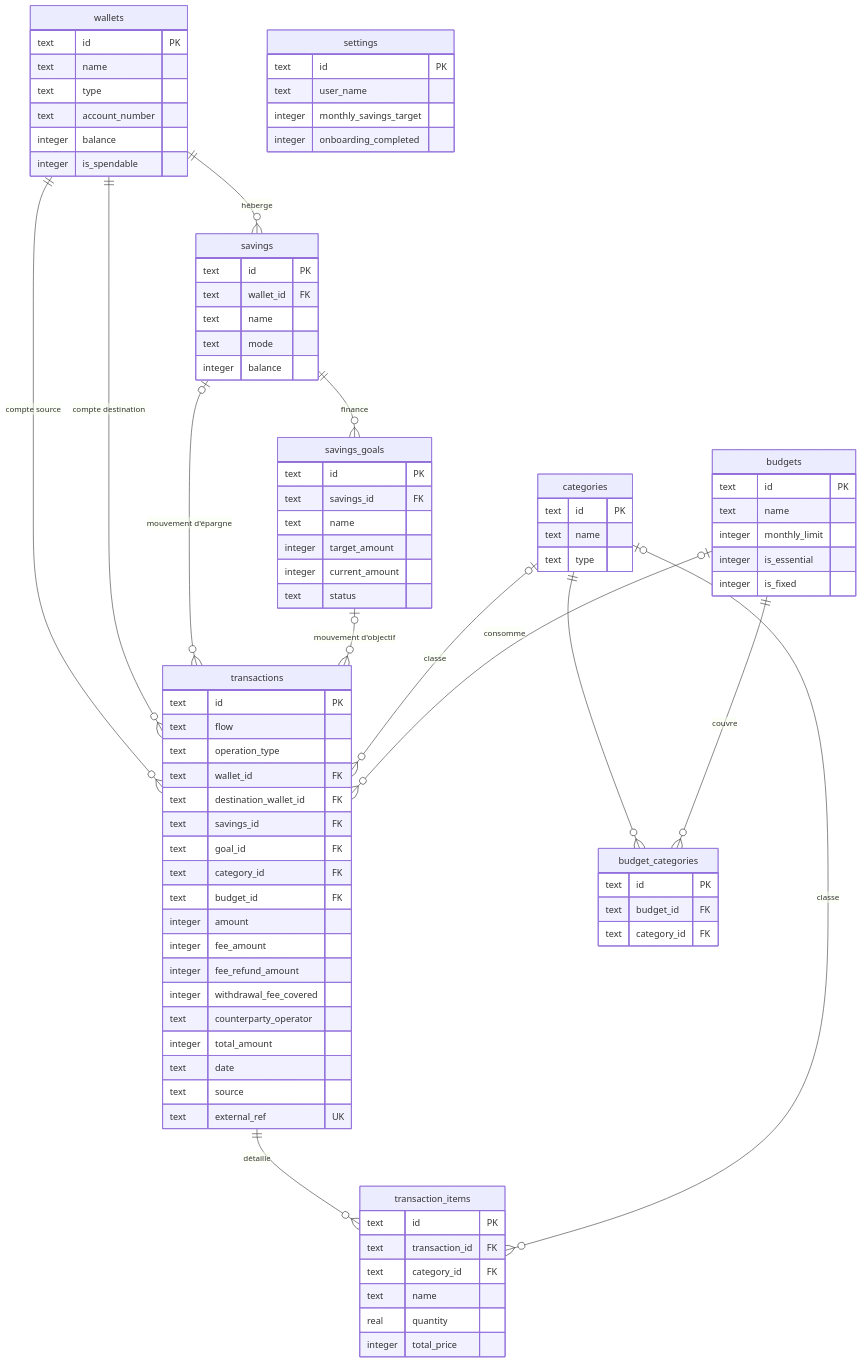
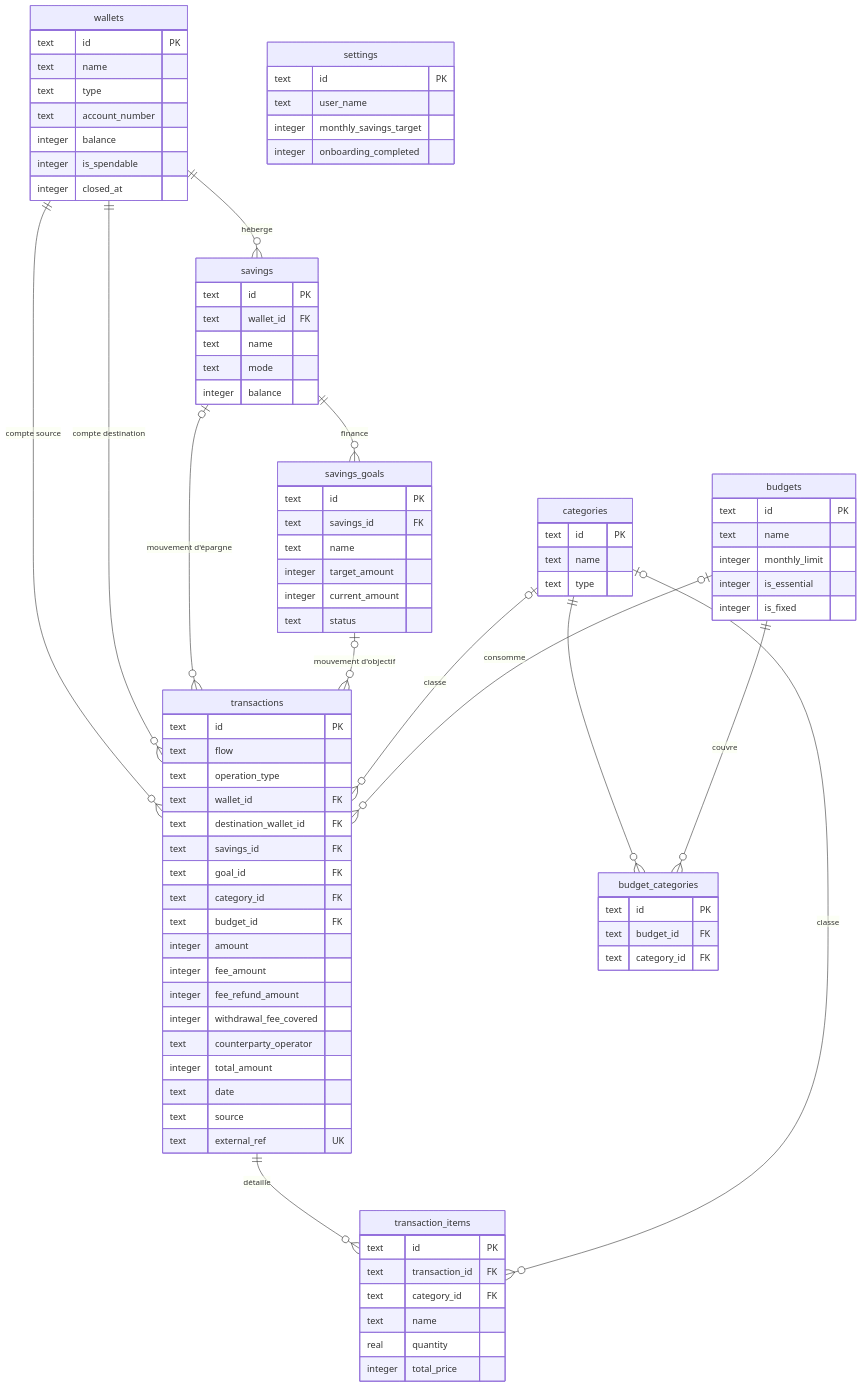
The diagram in docs/DATA_MODEL.md (krishna2206/finance-app), drawn with Mermaid before and after one commit. The commit also changed other lines of this file and 18 other files, not shown here.

```diff
--- a/docs/DATA_MODEL.md
+++ b/docs/DATA_MODEL.md
@@ -35,6 +35,7 @@
         text account_number
         integer balance
         integer is_spendable
+        integer closed_at
     }
     savings {
         text id PK
```
